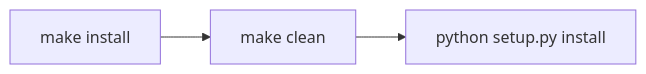
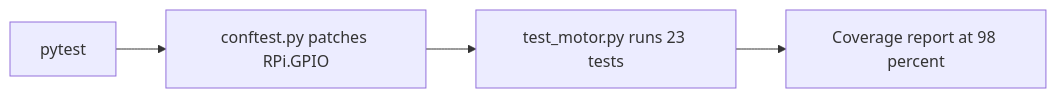
One commit to frankenwino/step_motor_28byj_48 changed the fifth of 7 diagrams in .agents/summary/workflows.md. Above: the diagram before and after it, drawn with Mermaid. The commit also changed other lines of this file and 8 other files, not shown here.

````diff
--- a/.agents/summary/workflows.md
+++ b/.agents/summary/workflows.md
@@ -57,5 +80,6 @@
 ```mermaid
 flowchart LR
-    A[make install] --> B[make clean]
-    B --> C[python setup.py install]
+    A[pytest] --> B[conftest.py patches RPi.GPIO]
+    B --> C[test_motor.py runs 23 tests]
+    C --> D[Coverage report at 98 percent]
 ```
````
